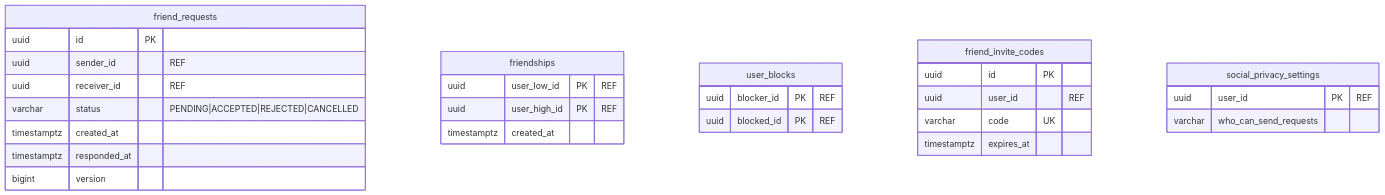
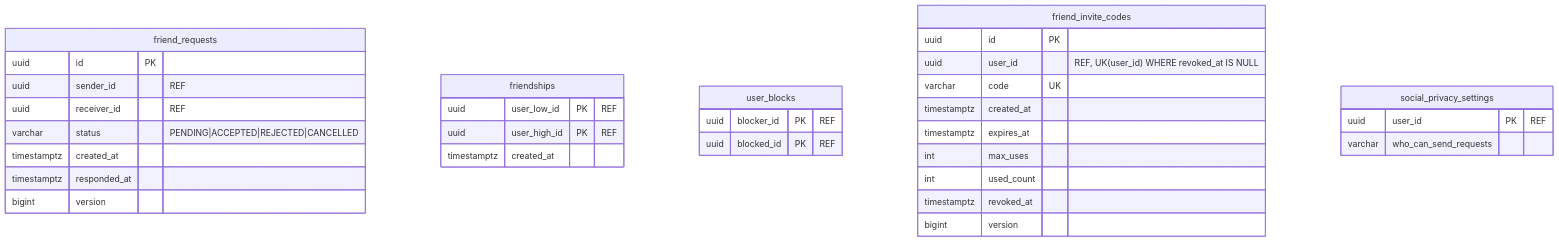
The tenth of 20 diagrams in docs/er-diagram.md (alperrte/lobbytwozero), drawn with Mermaid before and after one commit. The commit also changed 56 other files, not shown here.

````diff
--- a/docs/er-diagram.md
+++ b/docs/er-diagram.md
@@ -548,31 +548,36 @@
 ```mermaid
 erDiagram
   friend_requests {
     uuid id PK
     uuid sender_id "REF"
     uuid receiver_id "REF"
     varchar status "PENDING|ACCEPTED|REJECTED|CANCELLED"
     timestamptz created_at
     timestamptz responded_at
     bigint version
   }
   friendships {
     uuid user_low_id PK "REF"
     uuid user_high_id PK "REF"
     timestamptz created_at
   }
   user_blocks {
     uuid blocker_id PK "REF"
     uuid blocked_id PK "REF"
   }
   friend_invite_codes {
     uuid id PK
-    uuid user_id "REF"
+    uuid user_id "REF, UK(user_id) WHERE revoked_at IS NULL"
     varchar code UK
+    timestamptz created_at
     timestamptz expires_at
+    int max_uses
+    int used_count
+    timestamptz revoked_at
+    bigint version
   }
   social_privacy_settings {
     uuid user_id PK "REF"
     varchar who_can_send_requests
   }
 ```
````
